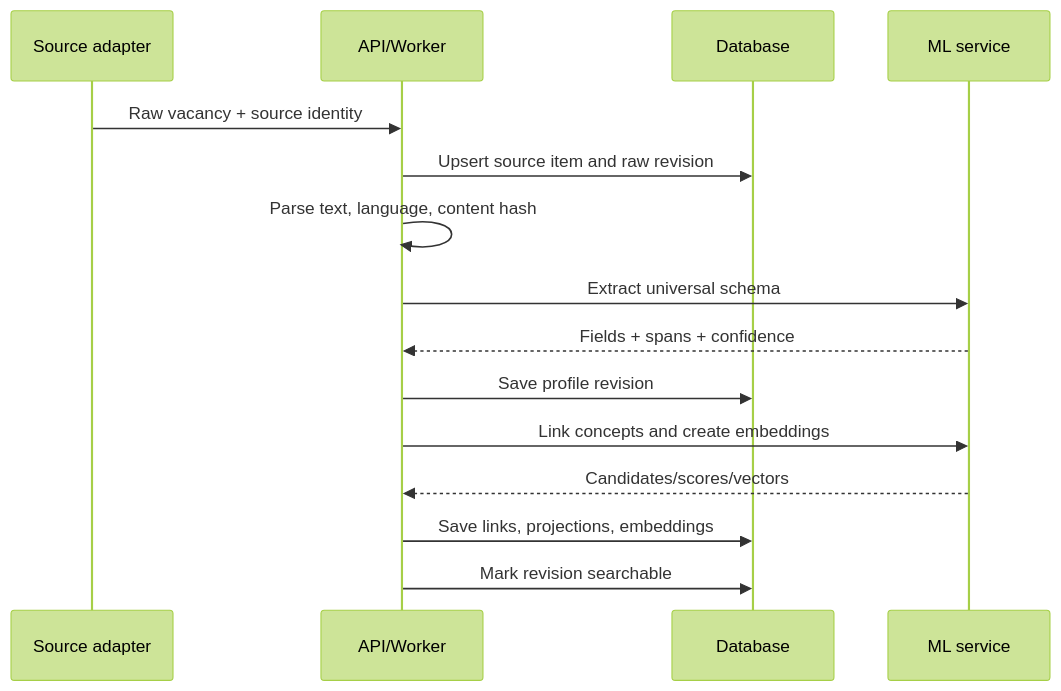
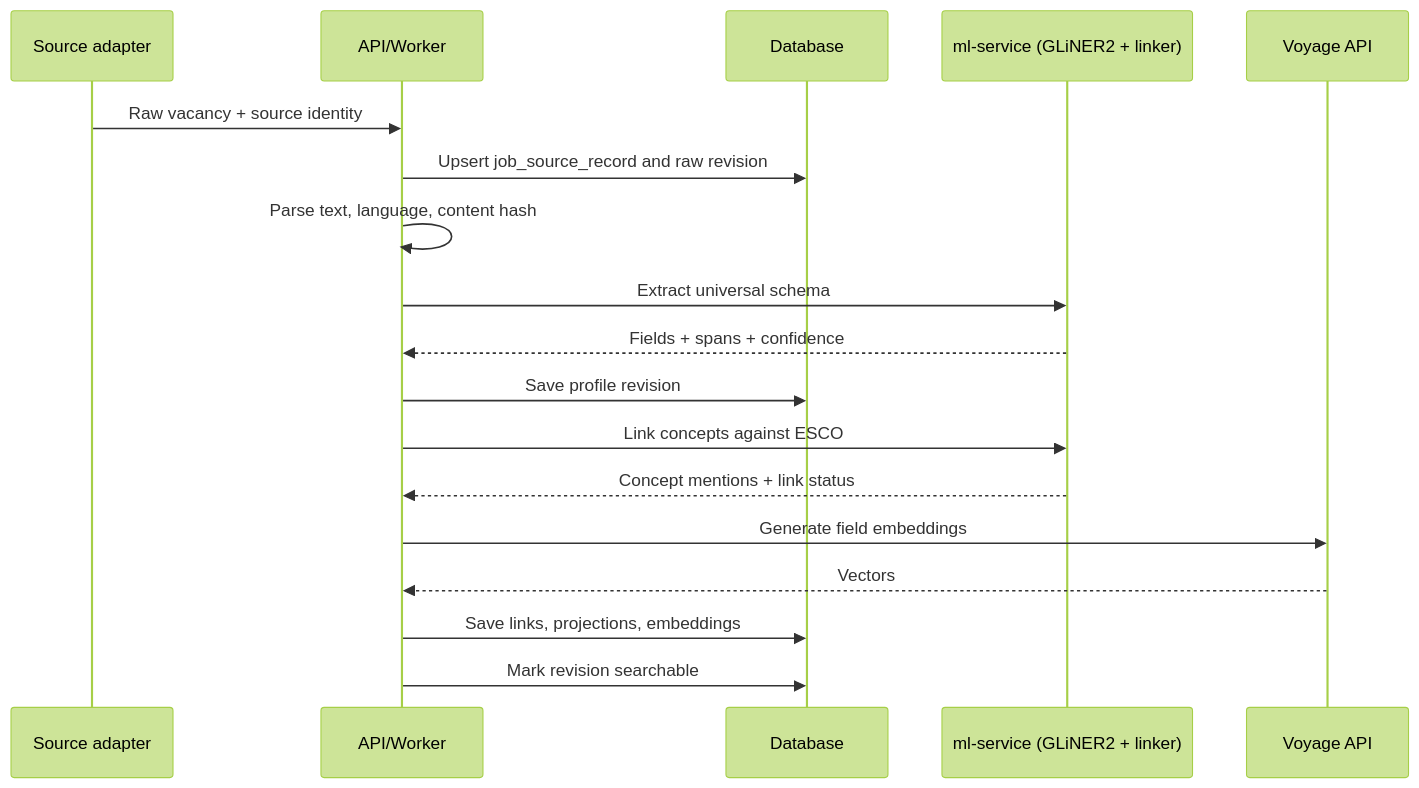
Before and after one commit to yura-hudzovskyi/job-scraper: the second of 2 diagrams in docs/universal-job-matching-system-spec-v1.md, drawn with Mermaid (forest theme). The commit also changed other lines of this file, not shown here.

First line of the commit message:
Record the matching-engine architecture decisions in the spec

````diff
--- a/docs/universal-job-matching-system-spec-v1.md
+++ b/docs/universal-job-matching-system-spec-v1.md
@@ -290,17 +447,20 @@
 ```mermaid
 sequenceDiagram
     participant S as Source adapter
     participant A as API/Worker
     participant D as Database
-    participant M as ML service
+    participant M as ml-service (GLiNER2 + linker)
+    participant V as Voyage API
     S->>A: Raw vacancy + source identity
-    A->>D: Upsert source item and raw revision
+    A->>D: Upsert job_source_record and raw revision
     A->>A: Parse text, language, content hash
     A->>M: Extract universal schema
     M-->>A: Fields + spans + confidence
     A->>D: Save profile revision
-    A->>M: Link concepts and create embeddings
-    M-->>A: Candidates/scores/vectors
+    A->>M: Link concepts against ESCO
+    M-->>A: Concept mentions + link status
+    A->>V: Generate field embeddings
+    V-->>A: Vectors
     A->>D: Save links, projections, embeddings
     A->>D: Mark revision searchable
 ```
````
